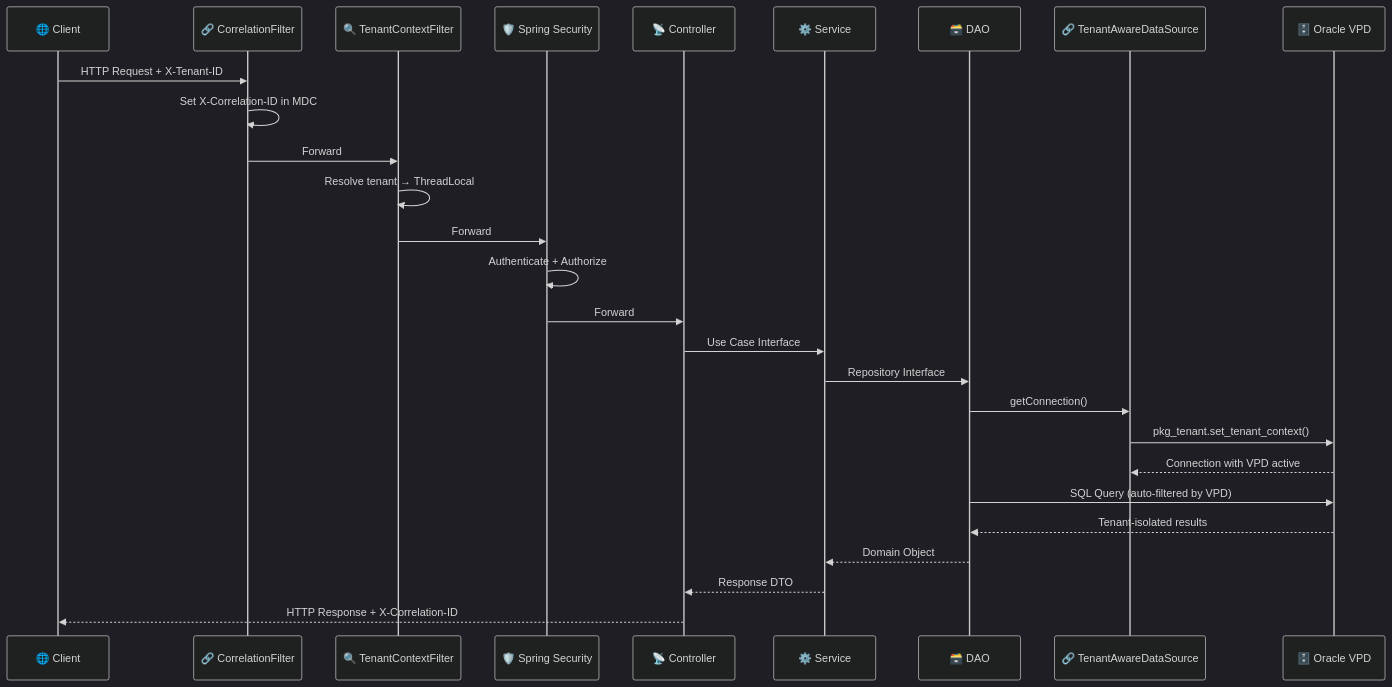
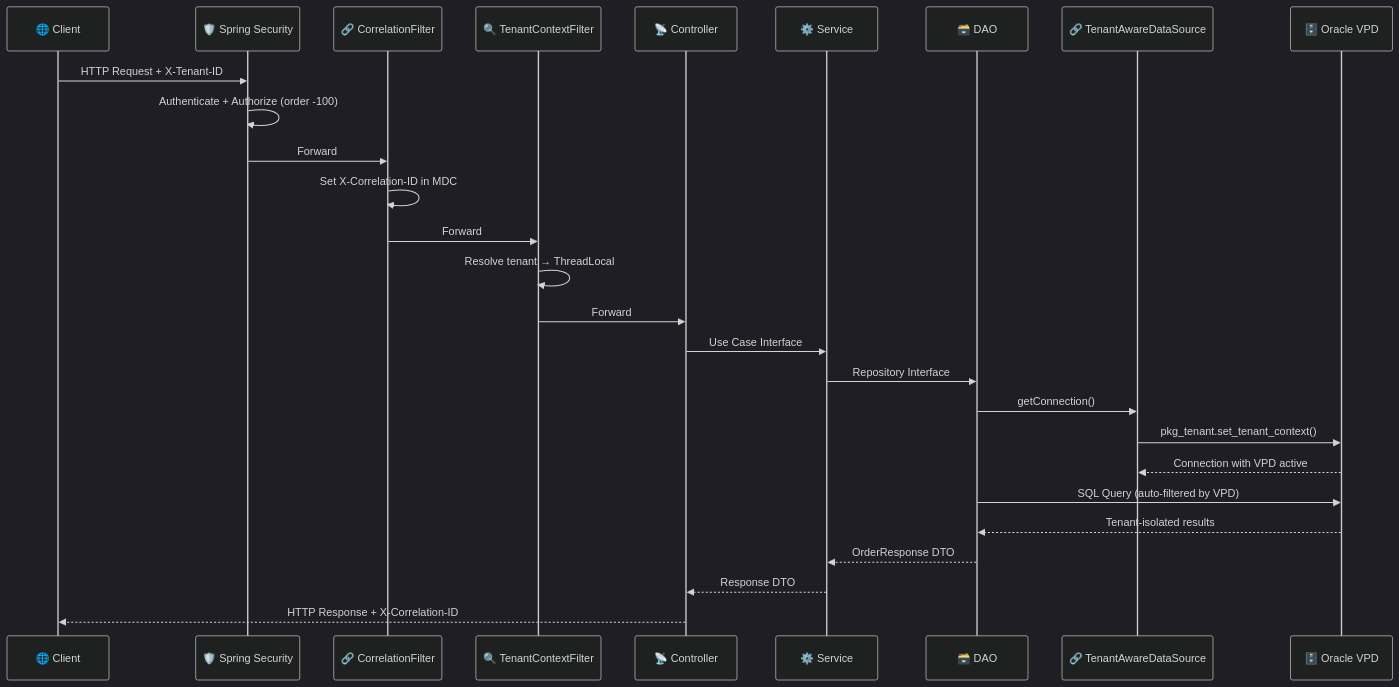
One commit to sergio11/oracle_multitenant_order_management_poc changed the seventh of 8 diagrams in README.md. Above: the diagram before and after it, drawn with Mermaid (dark theme). The commit also changed other lines of this file and 50 other files, not shown here.

````diff
--- a/README.md
+++ b/README.md
@@ -277,30 +277,30 @@
 ```mermaid
 sequenceDiagram
     participant C as 🌐 Client
+    participant SS as 🛡️ Spring Security
     participant CF as 🔗 CorrelationFilter
     participant TF as 🔍 TenantContextFilter
-    participant SS as 🛡️ Spring Security
     participant CO as 📡 Controller
     participant SV as ⚙️ Service
     participant DA as 🗃️ DAO
     participant DS as 🔗 TenantAwareDataSource
     participant DB as 🗄️ Oracle VPD
 
-    C->>CF: HTTP Request + X-Tenant-ID
+    C->>SS: HTTP Request + X-Tenant-ID
+    SS->>SS: Authenticate + Authorize (order -100)
+    SS->>CF: Forward
     CF->>CF: Set X-Correlation-ID in MDC
     CF->>TF: Forward
     TF->>TF: Resolve tenant → ThreadLocal
-    TF->>SS: Forward
-    SS->>SS: Authenticate + Authorize
-    SS->>CO: Forward
+    TF->>CO: Forward
     CO->>SV: Use Case Interface
     SV->>DA: Repository Interface
     DA->>DS: getConnection()
     DS->>DB: pkg_tenant.set_tenant_context()
     DB-->>DS: Connection with VPD active
     DA->>DB: SQL Query (auto-filtered by VPD)
     DB-->>DA: Tenant-isolated results
-    DA-->>SV: Domain Object
+    DA-->>SV: OrderResponse DTO
     SV-->>CO: Response DTO
     CO-->>C: HTTP Response + X-Correlation-ID
 ```
````
